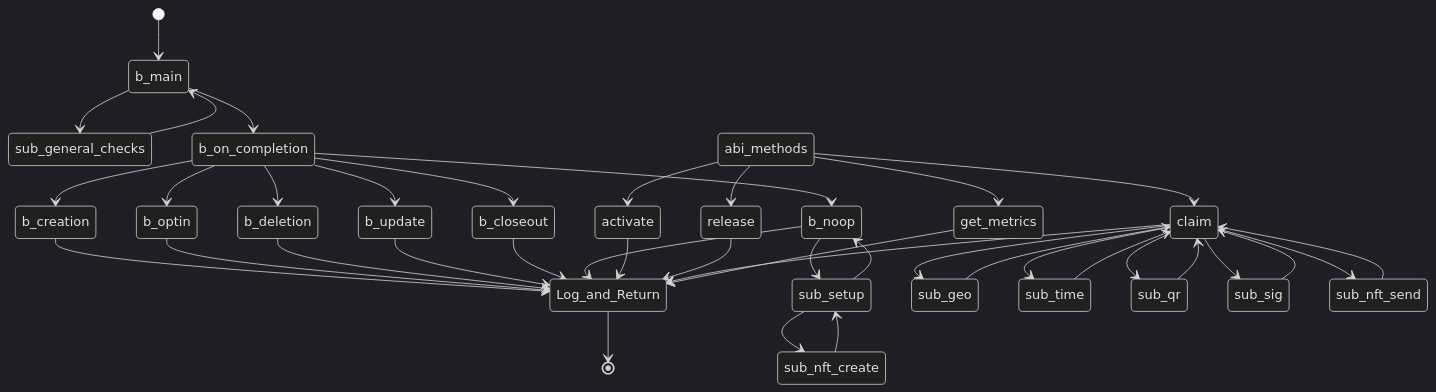
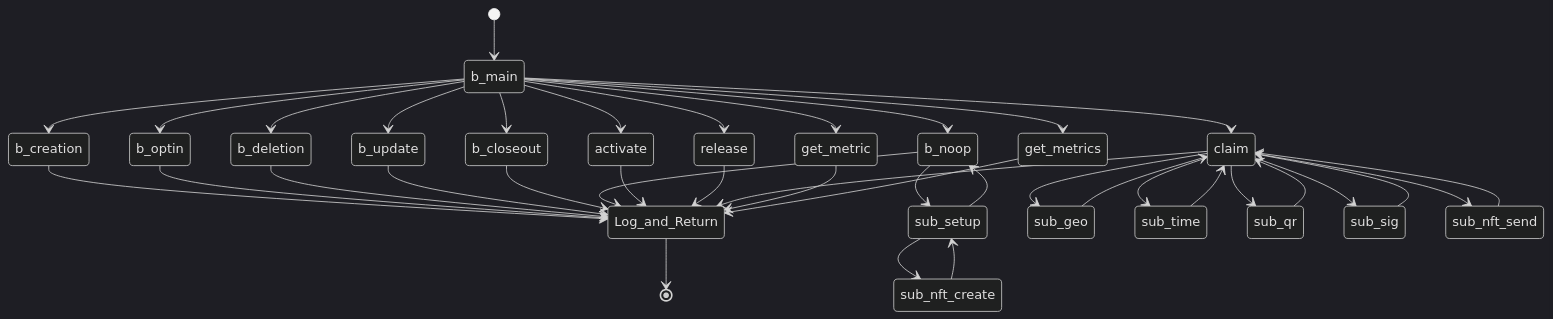
The ninth of 10 diagrams in profile/README.md (GoPlausible/.github), drawn with Mermaid (dark theme) before and after one commit.

````diff
--- a/profile/README.md
+++ b/profile/README.md
@@ -438,56 +438,55 @@
 ```mermaid
   stateDiagram-v2
     [*] --> b_main
-    b_main --> sub_general_checks
-    sub_general_checks --> b_main
-    b_main --> b_on_completion
     
-    b_on_completion --> b_creation
+    b_main --> b_creation
     b_creation --> Log_and_Return
-    b_on_completion --> b_optin
+    b_main --> b_optin
     b_optin --> Log_and_Return
-    b_on_completion --> b_deletion
+    b_main --> b_deletion
     b_deletion --> Log_and_Return
-    b_on_completion --> b_update
+    b_main --> b_update
     b_update --> Log_and_Return
-    b_on_completion --> b_closeout
+    b_main --> b_closeout
     b_closeout --> Log_and_Return
 
-    b_on_completion --> b_noop
+    b_main --> b_noop
     b_noop --> sub_setup
     sub_setup --> sub_nft_create
     sub_nft_create --> sub_setup
     sub_setup --> b_noop
     b_noop --> Log_and_Return
    
 
 
-    abi_methods --> activate
+    b_main --> activate
     activate --> Log_and_Return
 
-    abi_methods --> release
+    b_main --> release
     release --> Log_and_Return
 
-    abi_methods --> claim
+    b_main --> claim
     claim --> sub_geo
     sub_geo --> claim
     claim --> sub_time
     sub_time --> claim
     claim --> sub_qr
     sub_qr --> claim
     claim --> sub_sig
     sub_sig --> claim
     claim --> sub_nft_send
     sub_nft_send --> claim
     claim --> Log_and_Return
 
-
+  
+    b_main --> get_metric
+    get_metric --> Log_and_Return
     
   
-    abi_methods --> get_metrics
+    b_main --> get_metrics
     get_metrics --> Log_and_Return
   
     
     Log_and_Return --> [*]
     
 ```
````
